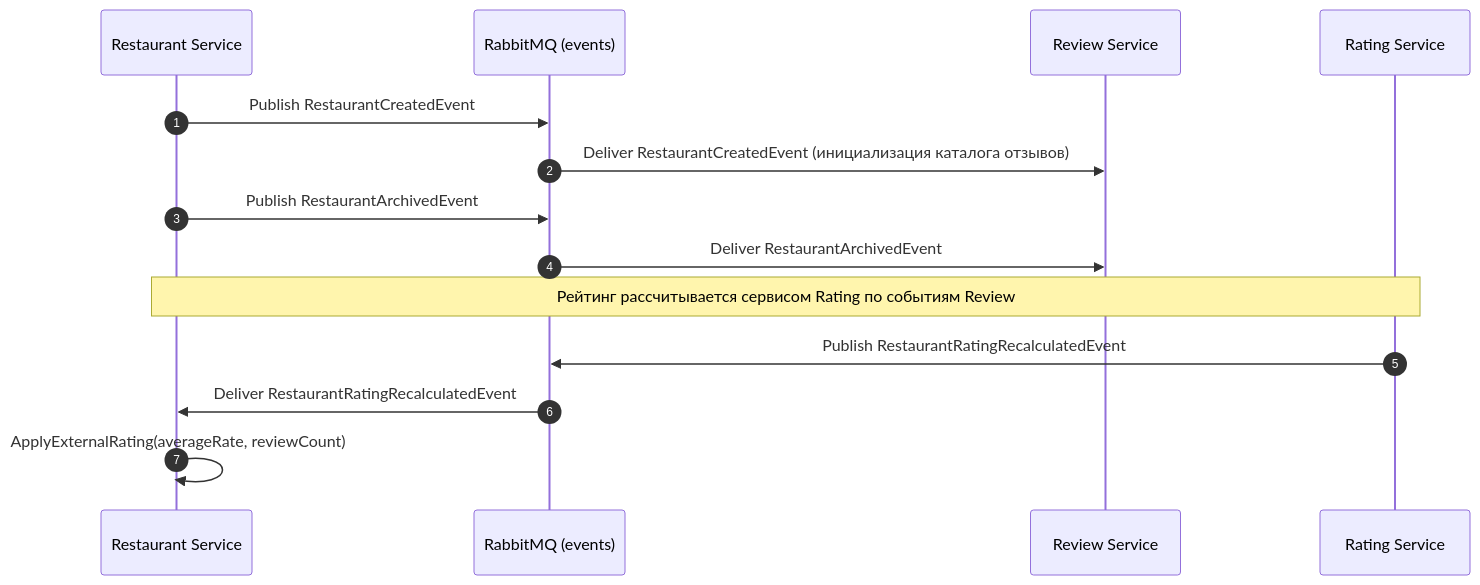
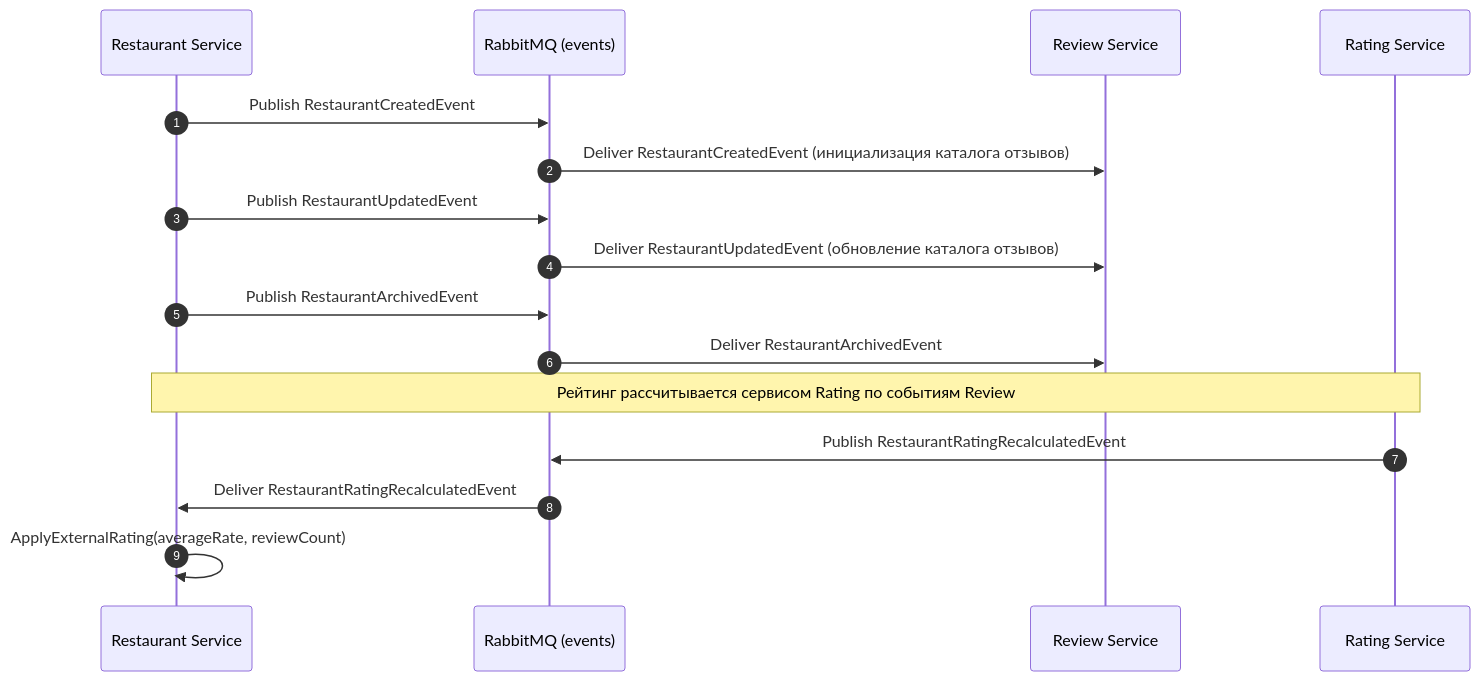
The second of 2 diagrams in docs/services/RestaurantService.md (bagermoon/otuscode), drawn with Mermaid before and after one commit. The commit also changed other lines of this file and 4 other files, not shown here.

Commit message:
feat(events): add RestaurantUpdatedEvent to event flow

````diff
--- a/docs/services/RestaurantService.md
+++ b/docs/services/RestaurantService.md
@@ -119,20 +119,23 @@
 ```mermaid
 sequenceDiagram
     autonumber
     participant RS as Restaurant Service
     participant MQ as RabbitMQ (events)
     participant RV as Review Service
     participant RT as Rating Service
 
     RS->>MQ: Publish RestaurantCreatedEvent
     MQ->>RV: Deliver RestaurantCreatedEvent (инициализация каталога отзывов)
 
+    RS->>MQ: Publish RestaurantUpdatedEvent
+    MQ->>RV: Deliver RestaurantUpdatedEvent (обновление каталога отзывов)
+
     RS->>MQ: Publish RestaurantArchivedEvent
     MQ->>RV: Deliver RestaurantArchivedEvent
 
     note over RS,RT: Рейтинг рассчитывается сервисом Rating по событиям Review
 
     RT->>MQ: Publish RestaurantRatingRecalculatedEvent
     MQ->>RS: Deliver RestaurantRatingRecalculatedEvent
     RS->>RS: ApplyExternalRating(averageRate, reviewCount)
 ```
````
